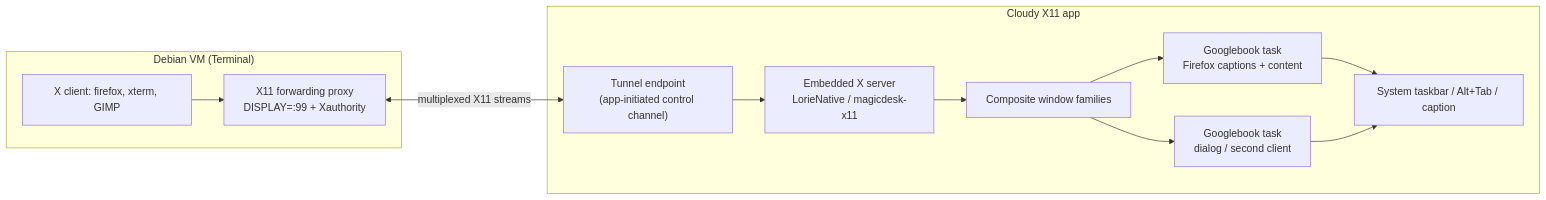
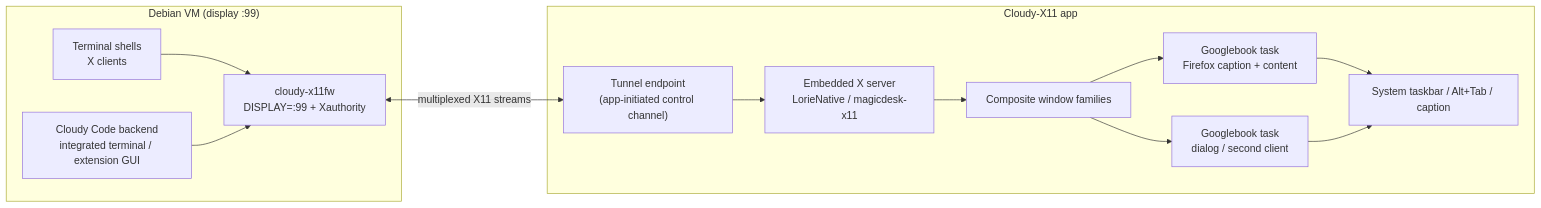
The diagram in docs/plan/x11-forwarding-evaluation.md (BaiTian6641/CloudyCode), drawn with Mermaid before and after one commit. The commit also changed other lines of this file and 2 other files, not shown here.

First line of the commit message:
plan: Cloudy-X11 standalone X11 forwarding app; VM-wide Terminal bypass

````diff
--- a/docs/plan/x11-forwarding-evaluation.md
+++ b/docs/plan/x11-forwarding-evaluation.md
@@ -190,23 +332,25 @@
 ```mermaid
 flowchart LR
-    subgraph VM["Debian VM (Terminal)"]
-        A["X client: firefox, xterm, GIMP"]
-        B["X11 forwarding proxy<br/>DISPLAY=:99 + Xauthority"]
-        A --> B
+    subgraph VM["Debian VM (display :99)"]
+        A1["Terminal shells<br/>X clients"]
+        A2["Cloudy Code backend<br/>integrated terminal / extension GUI"]
+        B["cloudy-x11fw<br/>DISPLAY=:99 + Xauthority"]
+        A1 --> B
+        A2 --> B
     end
-    subgraph APP["Cloudy X11 app"]
+    subgraph APP["Cloudy-X11 app"]
         C["Tunnel endpoint<br/>(app-initiated control channel)"]
         D["Embedded X server<br/>LorieNative / magicdesk-x11"]
         E["Composite window families"]
-        F1["Googlebook task<br/>Firefox captions + content"]
+        F1["Googlebook task<br/>Firefox caption + content"]
         F2["Googlebook task<br/>dialog / second client"]
         T["System taskbar / Alt+Tab / caption"]
         C --> D
         D --> E
         E --> F1
         E --> F2
         F1 --> T
         F2 --> T
     end
     B <-->|"multiplexed X11 streams"| C
 ```
````
